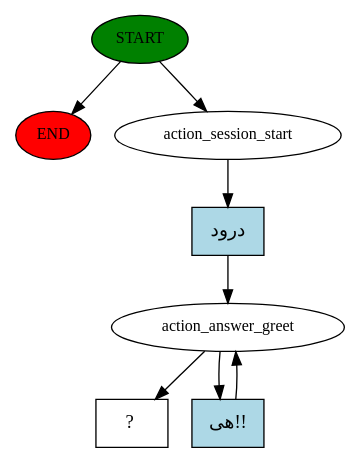
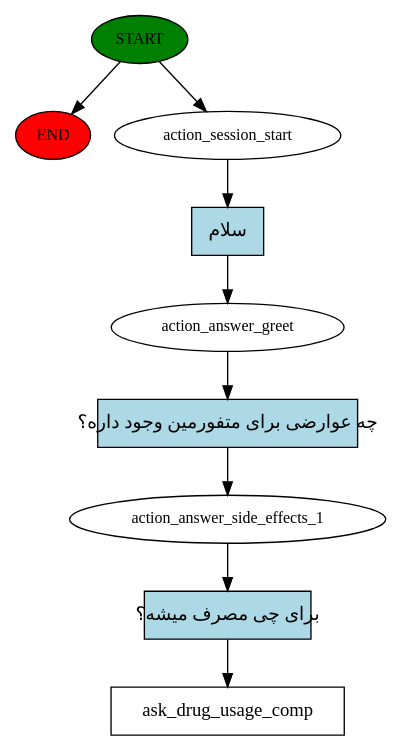
One commit to APKNOOBCODER/Hamtech_Rasa changed the diagram in story_graph.dot. Above: the diagram before and after it, drawn with Graphviz. The commit also changed 5 other files, not shown here.

```diff
--- a/story_graph.dot
+++ b/story_graph.dot
@@ -1,16 +1,19 @@
 digraph  {
 0 [class="start active", fillcolor=green, fontsize=12, label=START, style=filled];
 "-1" [class=end, fillcolor=red, fontsize=12, label=END, style=filled];
 1 [class=active, fontsize=12, label=action_session_start];
 2 [class=active, fontsize=12, label=action_answer_greet];
-5 [class="intent dashed active", label="  ?  ", shape=rect];
-6 [class="intent active", fillcolor=lightblue, label="درود", shape=rect, style=filled];
-7 [class="intent active", fillcolor=lightblue, label="هی!!", shape=rect, style=filled];
+3 [class=active, fontsize=12, label=action_answer_side_effects_1];
+4 [class="intent dashed active", label=ask_drug_usage_comp, shape=rect];
+5 [class="intent active", fillcolor=lightblue, label="سلام", shape=rect, style=filled];
+6 [class="intent active", fillcolor=lightblue, label="چه عوارضی برای متفورمین وجود داره؟", shape=rect, style=filled];
+7 [class="intent active", fillcolor=lightblue, label="برای چی مصرف میشه؟", shape=rect, style=filled];
 0 -> "-1"  [class="", key=NONE, label=""];
 0 -> 1  [class=active, key=NONE, label=""];
-1 -> 6  [class=active, key=0];
-2 -> 5  [class=active, key=NONE, label=""];
-2 -> 7  [class=active, key=0];
-6 -> 2  [class=active, key=0];
-7 -> 2  [class=active, key=0];
+1 -> 5  [class=active, key=0];
+2 -> 6  [class=active, key=0];
+3 -> 7  [class=active, key=0];
+5 -> 2  [class=active, key=0];
+6 -> 3  [class=active, key=0];
+7 -> 4  [class=active, key=0];
 }
```
